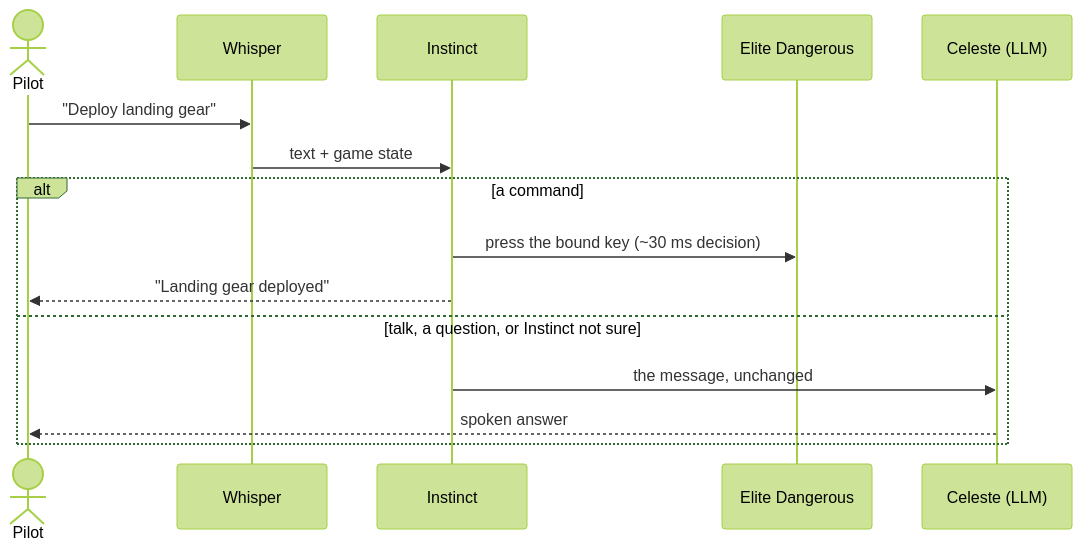
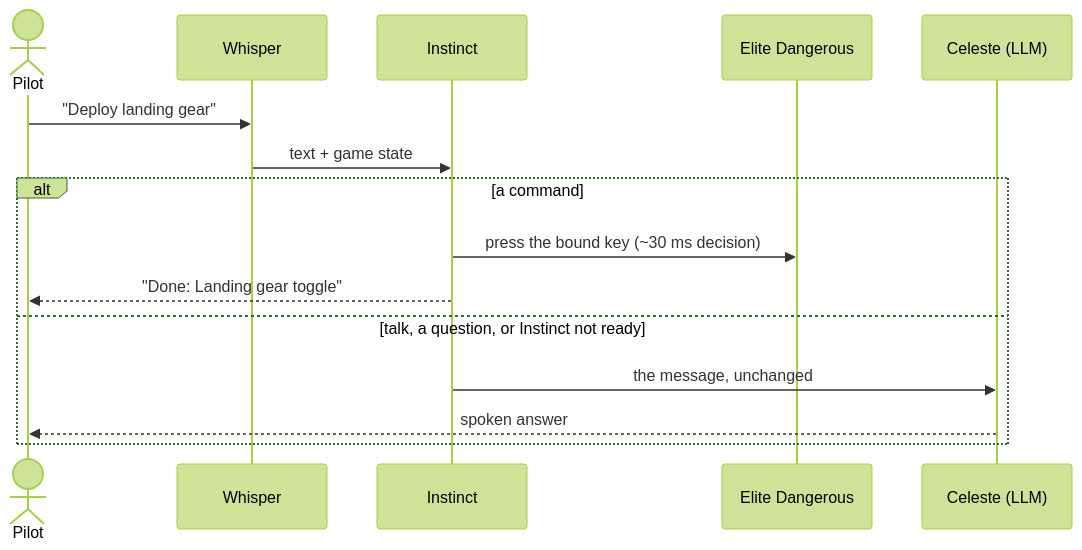
The second of 3 diagrams in README.md (IqSantiagow/EDCeleste), drawn with Mermaid (forest theme) before and after one commit. The commit also changed other lines of this file and 21 other files, not shown here.

````diff
--- a/README.md
+++ b/README.md
@@ -74,18 +74,18 @@
 ```mermaid
 sequenceDiagram
     actor Pilot
     participant STT as Whisper
     participant Instinct
     participant Game as Elite Dangerous
     participant Celeste as Celeste (LLM)
 
     Pilot->>STT: "Deploy landing gear"
     STT->>Instinct: text + game state
     alt a command
         Instinct->>Game: press the bound key (~30 ms decision)
-        Instinct-->>Pilot: "Landing gear deployed"
-    else talk, a question, or Instinct not sure
+        Instinct-->>Pilot: "Done: Landing gear toggle"
+    else talk, a question, or Instinct not ready
         Instinct->>Celeste: the message, unchanged
         Celeste-->>Pilot: spoken answer
     end
 ```
````
